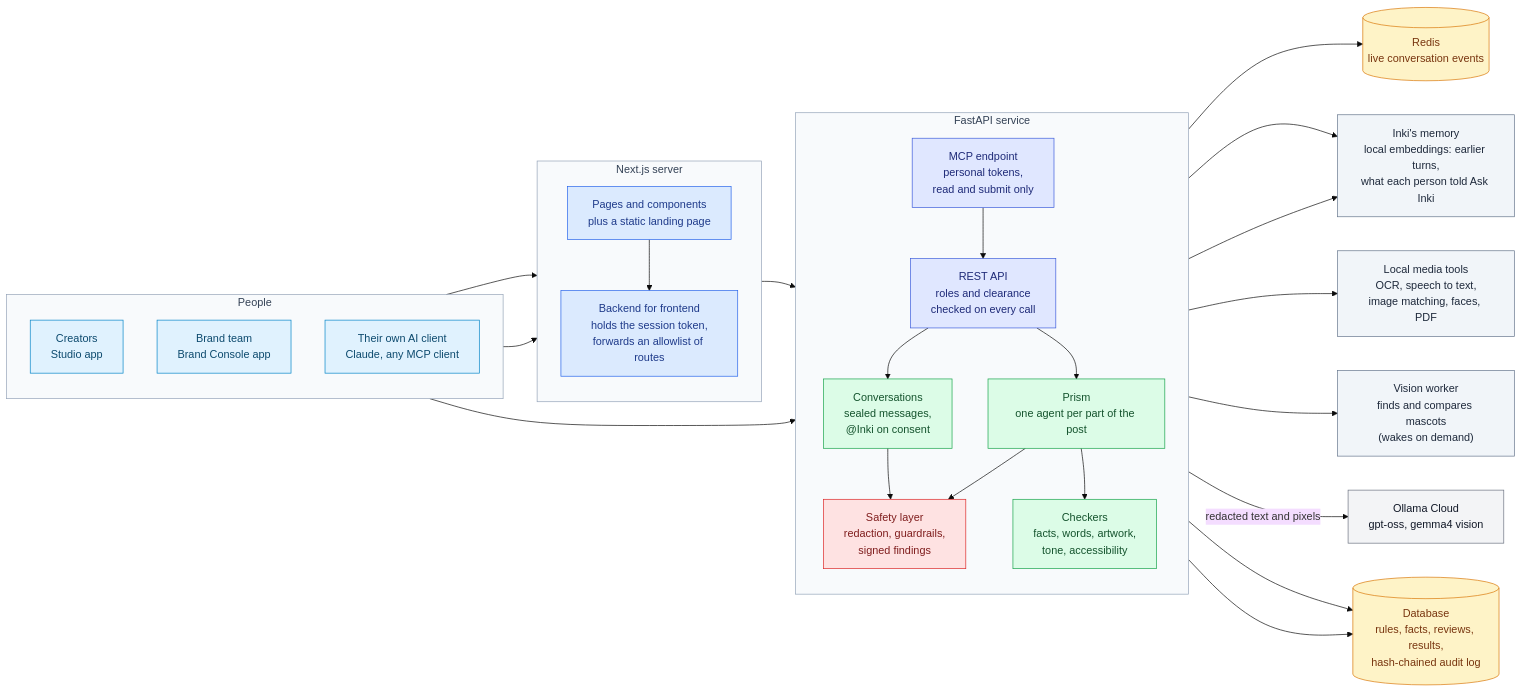
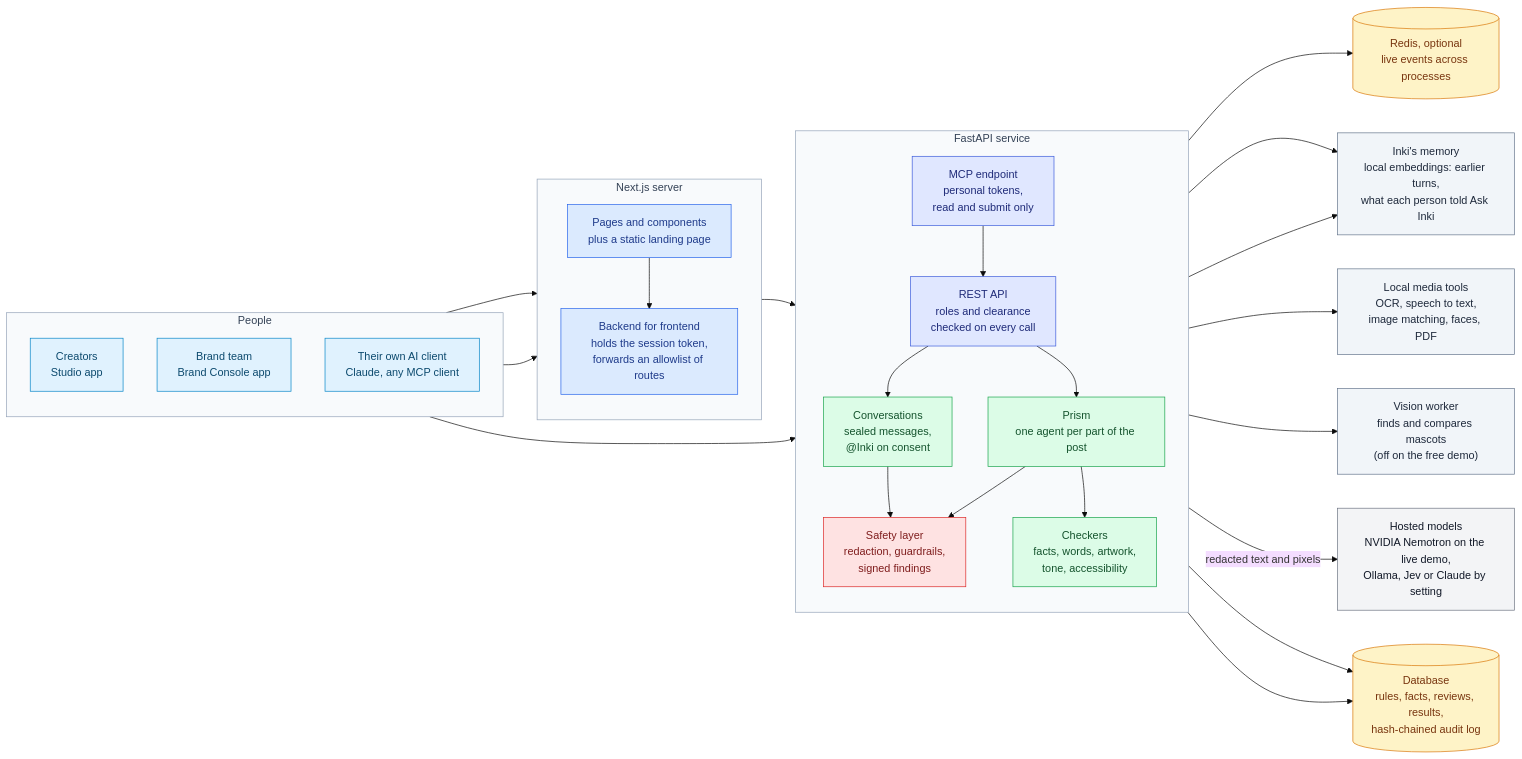
The second of 3 diagrams in README.md (varadarajjborkar/verytas), drawn with Mermaid (base theme) before and after one commit. The commit also changed other lines of this file and 6 other files, not shown here.

First line of the commit message:
docs: why the demo moved to free tiers, and what the free build leaves out

````diff
--- a/README.md
+++ b/README.md
@@ -93,56 +93,56 @@
 ```mermaid
 flowchart LR
     subgraph People
         direction TB
         CR["Creators<br/>Studio app"]:::client
         BT["Brand team<br/>Brand Console app"]:::client
         AI["Their own AI client<br/>Claude, any MCP client"]:::client
     end
 
     subgraph Web["Next.js server"]
         direction TB
         UI["Pages and components<br/>plus a static landing page"]:::web
         BFF["Backend for frontend<br/>holds the session token,<br/>forwards an allowlist of routes"]:::web
     end
 
     subgraph Backend["FastAPI service"]
         direction TB
         API["REST API<br/>roles and clearance<br/>checked on every call"]:::api
         PRISM["Prism<br/>one agent per part of the post"]:::core
         CHECKS["Checkers<br/>facts, words, artwork,<br/>tone, accessibility"]:::core
         GUARD["Safety layer<br/>redaction, guardrails,<br/>signed findings"]:::sec
         CONV["Conversations<br/>sealed messages,<br/>@Inki on consent"]:::core
         MCP["MCP endpoint<br/>personal tokens,<br/>read and submit only"]:::api
     end
 
     MEM["Inki's memory<br/>local embeddings: earlier turns,<br/>what each person told Ask Inki"]:::local
 
     LOCAL["Local media tools<br/>OCR, speech to text,<br/>image matching, faces, PDF"]:::local
-    VISION["Vision worker<br/>finds and compares mascots<br/>(wakes on demand)"]:::local
-    MODELS["Ollama Cloud<br/>gpt-oss, gemma4 vision"]:::ext
+    VISION["Vision worker<br/>finds and compares mascots<br/>(off on the free demo)"]:::local
+    MODELS["Hosted models<br/>NVIDIA Nemotron on the live demo,<br/>Ollama, Jev or Claude by setting"]:::ext
     DB[("Database<br/>rules, facts, reviews, results,<br/>hash-chained audit log")]:::data
-    REDIS[("Redis<br/>live conversation events")]:::data
+    REDIS[("Redis, optional<br/>live events across processes")]:::data
 
     CR & BT --> UI --> BFF --> API --> PRISM
     AI --> MCP --> API
     API --> CONV --> REDIS
     CONV --> GUARD
     API & CONV --> MEM
     PRISM --> CHECKS
     PRISM --> LOCAL
     PRISM --> VISION
     PRISM --> GUARD -- "redacted text and pixels" --> MODELS
     API & PRISM --> DB
 
     style People fill:#f8fafc,stroke:#94a3b8,color:#334155
     style Web fill:#f8fafc,stroke:#94a3b8,color:#334155
     style Backend fill:#f8fafc,stroke:#94a3b8,color:#334155
     classDef client fill:#e0f2fe,stroke:#0284c7,color:#0c4a6e
     classDef web fill:#dbeafe,stroke:#2563eb,color:#1e3a8a
     classDef api fill:#e0e7ff,stroke:#3b5bdb,color:#1e2a78
     classDef core fill:#dcfce7,stroke:#16a34a,color:#14532d
     classDef sec fill:#fee2e2,stroke:#dc2626,color:#7f1d1d
     classDef local fill:#f1f5f9,stroke:#64748b,color:#1e293b
     classDef ext fill:#f3f4f6,stroke:#6b7280,color:#111827
     classDef data fill:#fef3c7,stroke:#d97706,color:#78350f
 ```
````
